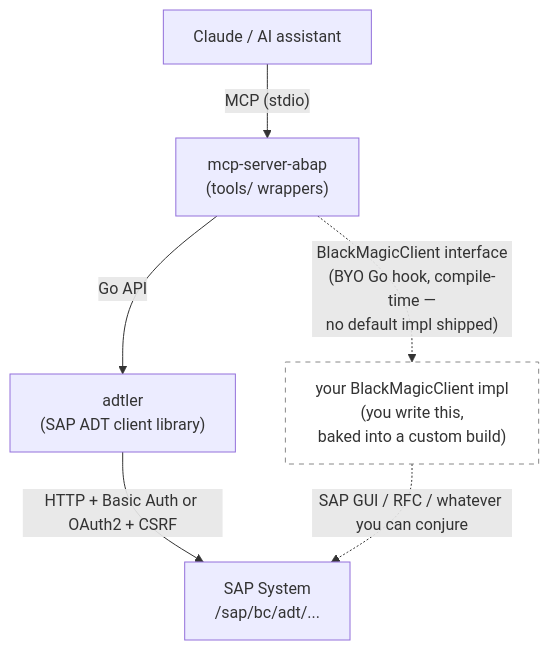
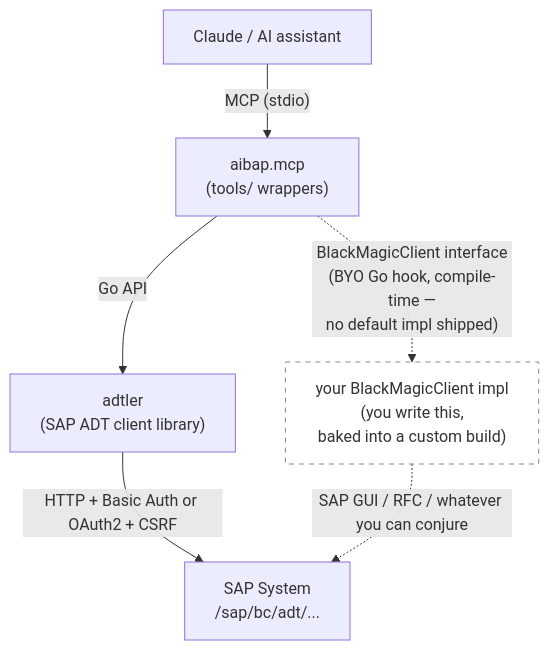
One commit to Hochfrequenz/aibap.mcp changed the diagram in README.md. Above: the diagram before and after it, drawn with Mermaid. The commit also changed other lines of this file and 54 other files, not shown here.

First line of the commit message:
docs: remove internal planning notes and rename to aibap.mcp

````diff
--- a/README.md
+++ b/README.md
@@ -24,10 +24,10 @@
 ```mermaid
 graph TD
-    A["Claude / AI assistant"] -->|"MCP (stdio)"| B["mcp-server-abap<br/>(tools/ wrappers)"]
+    A["Claude / AI assistant"] -->|"MCP (stdio)"| B["aibap.mcp<br/>(tools/ wrappers)"]
     B -->|"Go API"| C["adtler<br/>(SAP ADT client library)"]
     C -->|"HTTP + Basic Auth or OAuth2 + CSRF"| D["SAP System<br/>/sap/bc/adt/..."]
     B -.->|"BlackMagicClient interface<br/>(BYO Go hook, compile-time —<br/>no default impl shipped)"| E["your BlackMagicClient impl<br/>(you write this,<br/>baked into a custom build)"]
     E -.->|"SAP GUI / RFC / whatever you can conjure"| D
 
     style E fill:#fff,stroke:#888,stroke-dasharray: 5 5
 ```
````
